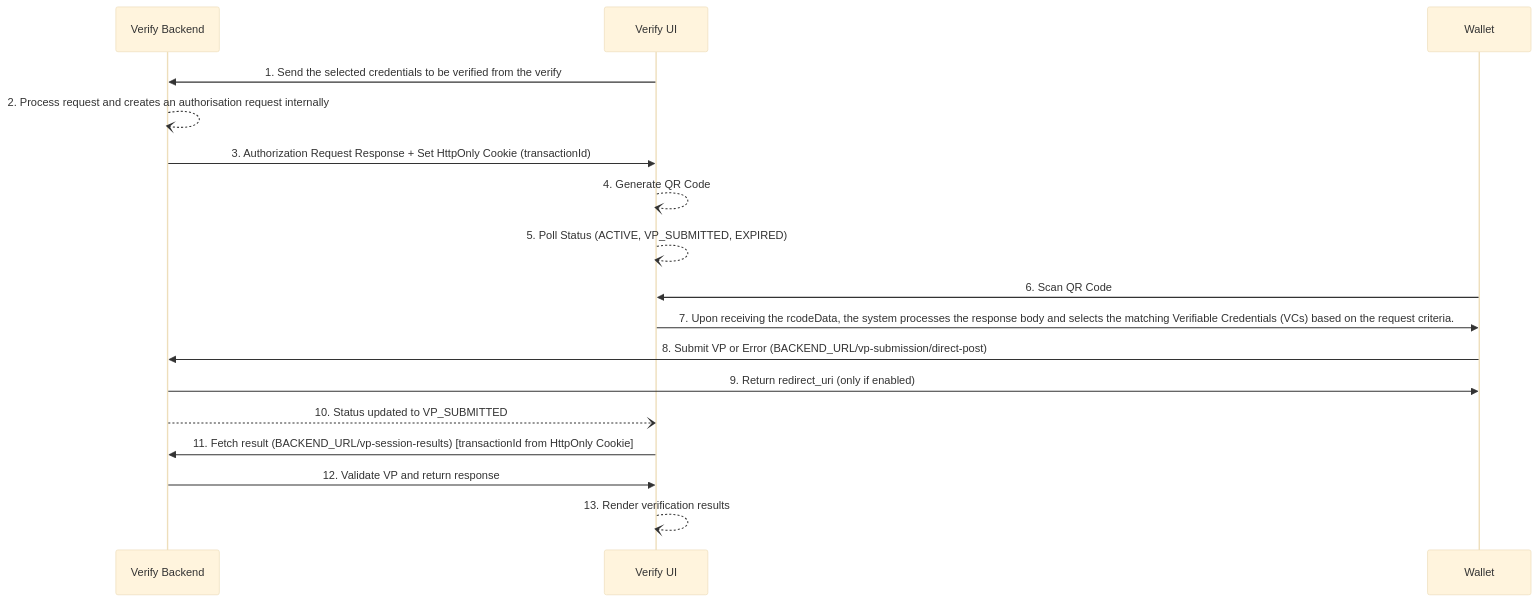
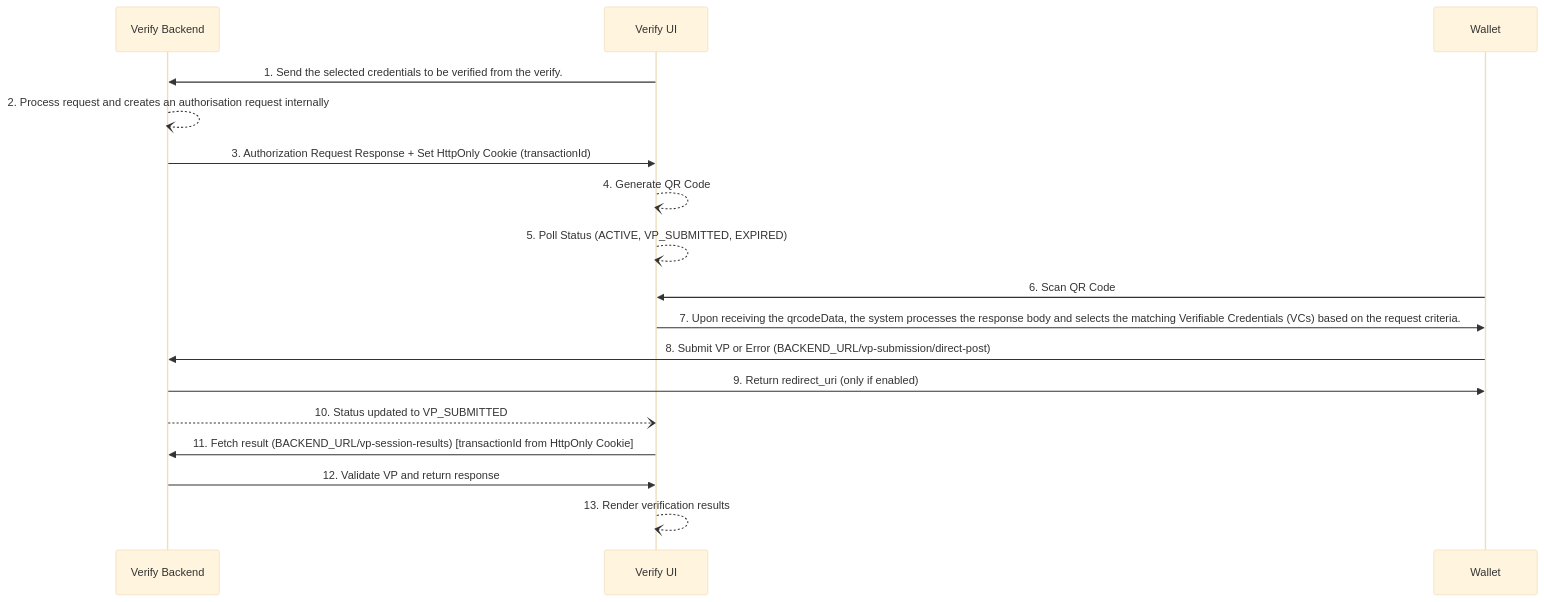
The diagram in docs/OpenID4VPCrossDeviceFlow.md (inji/inji-verify), drawn with Mermaid (base theme) before and after one commit. The commit also changed 1 other file, not shown here.

Commit message:
INJIVER-1511-cr-comments

````diff
--- a/docs/OpenID4VPCrossDeviceFlow.md
+++ b/docs/OpenID4VPCrossDeviceFlow.md
@@ -125,24 +125,24 @@
 ```mermaid
 sequenceDiagram
     participant Verify Backend
     participant Verify UI
     participant Wallet
 
-    Verify UI->>Verify Backend: 1. Send the selected credentials to be verified from the verify
+    Verify UI->>Verify Backend: 1. Send the selected credentials to be verified from the verify.
     Verify Backend--)Verify Backend: 2. Process request and creates an authorisation request internally
     Verify Backend->>Verify UI: 3. Authorization Request Response + Set HttpOnly Cookie (transactionId)
 
     Verify UI--)Verify UI: 4. Generate QR Code
     Verify UI--)Verify UI: 5. Poll Status (ACTIVE, VP_SUBMITTED, EXPIRED)
 
     Wallet->>Verify UI: 6. Scan QR Code
-    Verify UI->>Wallet: 7. Upon receiving the rcodeData, the system processes the response body and selects the matching Verifiable Credentials (VCs) based on the request criteria.
+    Verify UI->>Wallet: 7. Upon receiving the qrcodeData, the system processes the response body and selects the matching Verifiable Credentials (VCs) based on the request criteria.
     Wallet->>Verify Backend: 8. Submit VP or Error (BACKEND_URL/vp-submission/direct-post)
 
     Verify Backend->>Wallet: 9. Return redirect_uri (only if enabled)
     Verify Backend--)Verify UI: 10. Status updated to VP_SUBMITTED
 
     Verify UI->>Verify Backend: 11. Fetch result (BACKEND_URL/vp-session-results) [transactionId from HttpOnly Cookie]
     Verify Backend->>Verify UI: 12. Validate VP and return response
     Verify UI--)Verify UI: 13. Render verification results
 ```
````
